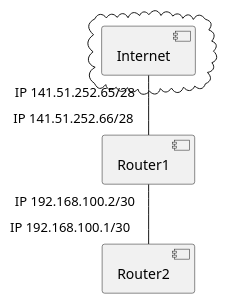
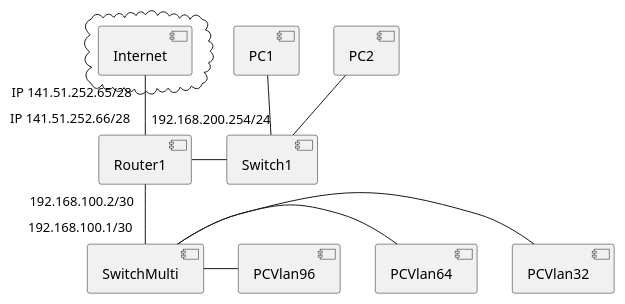
Before and after one commit to Martin1088/Plantuml-With-Screenreader: the diagram in HeitelNetzwerk/Scnellfahr.puml, drawn with PlantUML. The commit also changed 16 other files, not shown here.

```diff
--- a/HeitelNetzwerk/Scnellfahr.puml
+++ b/HeitelNetzwerk/Scnellfahr.puml
@@ -1,11 +1,26 @@
 @startuml
 [Router1]
 cloud {
     [Internet]
 }
-[Router2]
+[Switch1]
+[SwitchMulti]
+[PC1]
+[PC2]
+[PCVlan32]
+[PCVlan64]
+[PCVlan96]
+
 
 [Internet] "IP 141.51.252.65/28" -- "IP 141.51.252.66/28" [Router1]
-[Router1] "IP 192.168.100.2/30" -- "IP 192.168.100.1/30 " [Router2]
+[Router1] "192.168.100.2/30" -- "192.168.100.1/30" [SwitchMulti]
+[SwitchMulti] - [PCVlan32]
+[SwitchMulti] - [PCVlan64]
+[SwitchMulti] - [PCVlan96]
+
+
+[Router1] "192.168.200.254/24" - [Switch1]
+[PC1] -- [Switch1]
+[PC2] -- [Switch1]
 
 @enduml
```
